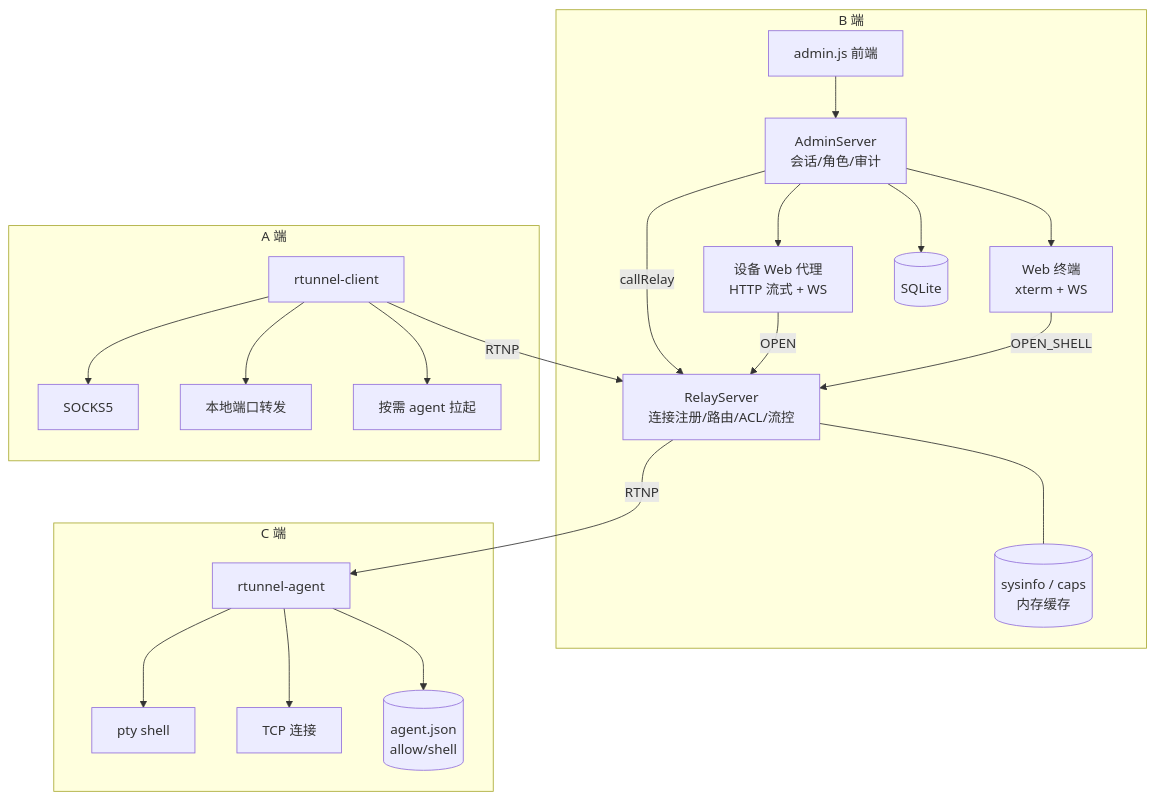
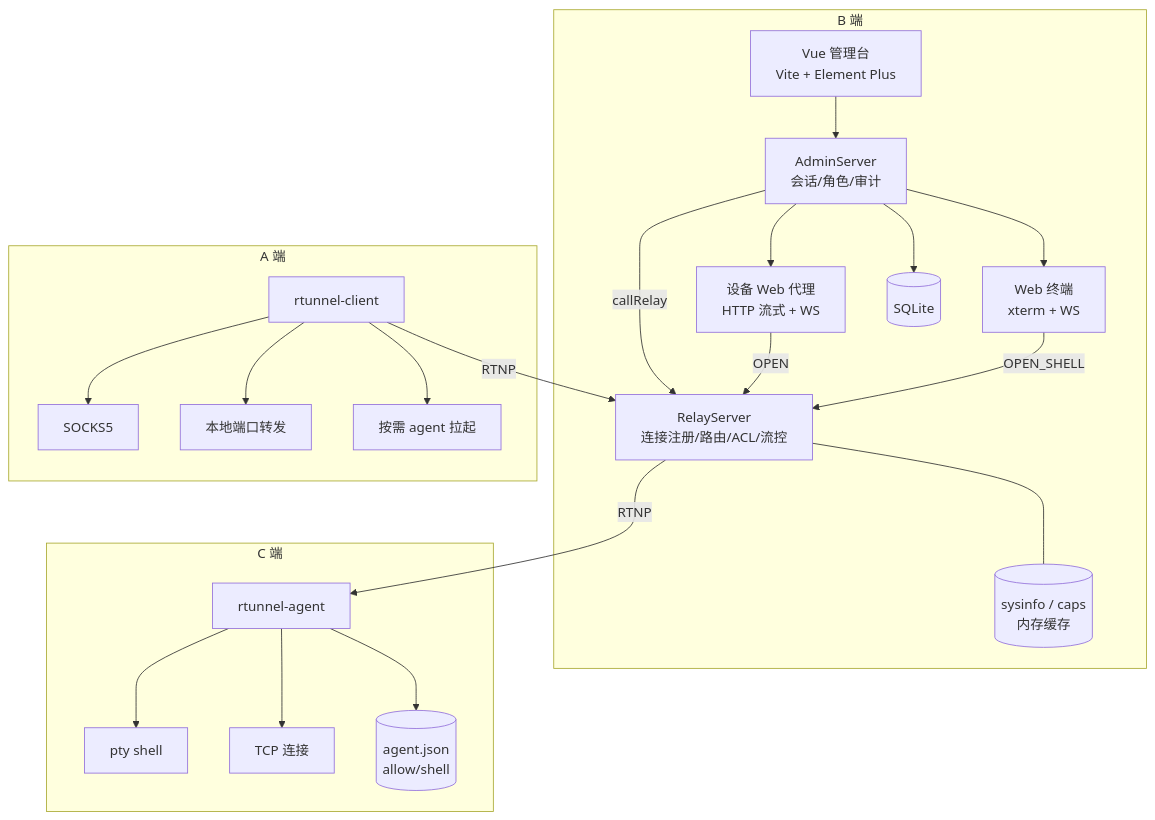
Before and after one commit to c8877/libhv: the second of 6 diagrams in docs/design/rtunnel-diagrams.md, drawn with Mermaid. The commit also changed other lines of this file and 6 other files, not shown here.

````diff
--- a/docs/design/rtunnel-diagrams.md
+++ b/docs/design/rtunnel-diagrams.md
@@ -79,40 +79,40 @@
 ```mermaid
 flowchart TB
     subgraph B[B 端]
-        UI[admin.js 前端]
+        UI[Vue 管理台<br/>Vite + Element Plus]
         API[AdminServer<br/>会话/角色/审计]
         PROXY[设备 Web 代理<br/>HTTP 流式 + WS]
         TERM[Web 终端<br/>xterm + WS]
         REL[RelayServer<br/>连接注册/路由/ACL/流控]
         CACHE[(sysinfo / caps<br/>内存缓存)]
         DB[(SQLite)]
         UI --> API
         API --> PROXY
         API --> TERM
         API --> DB
         API -->|callRelay| REL
         REL --- CACHE
     end
     subgraph A[A 端]
         CL[rtunnel-client]
         SOCKS[SOCKS5]
         FWD[本地端口转发]
         SPWN[按需 agent 拉起]
         CL --> SOCKS
         CL --> FWD
         CL --> SPWN
     end
     subgraph C[C 端]
         AG[rtunnel-agent]
         PTY[pty shell]
         TCP[TCP 连接]
         CFG[(agent.json<br/>allow/shell)]
         AG --> PTY
         AG --> TCP
         AG --> CFG
     end
     CL -->|RTNP| REL
     REL -->|RTNP| AG
     PROXY -->|OPEN| REL
     TERM -->|OPEN_SHELL| REL
 ```
````
